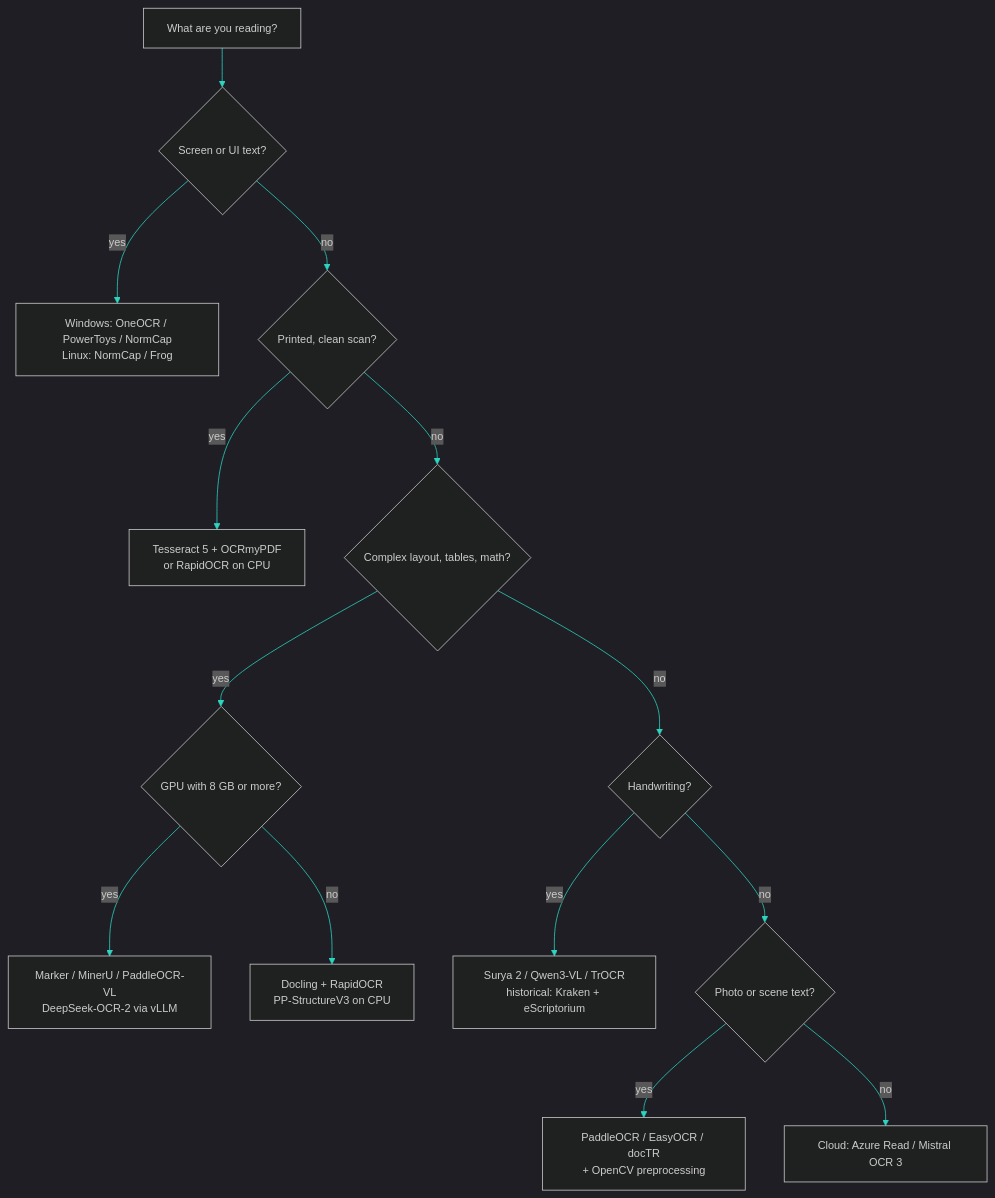
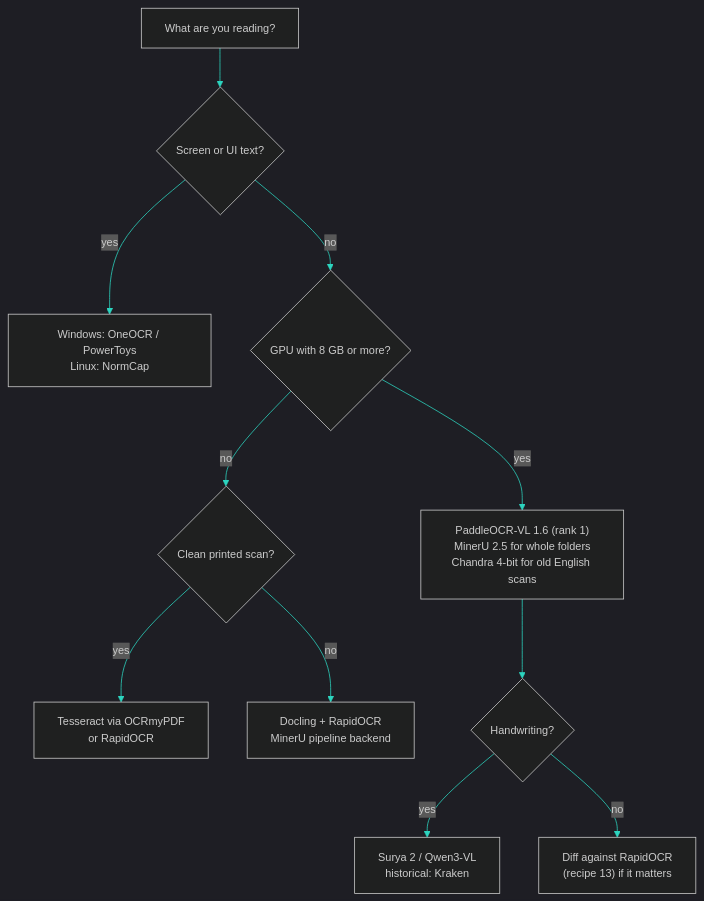
One commit to Ringmast4r/OCR-Master-Guide changed the second of 2 diagrams in README.md. Above: the diagram before and after it, drawn with Mermaid. The commit also changed other lines of this file and 4 other files, not shown here.

````diff
--- a/README.md
+++ b/README.md
@@ -76,17 +177,14 @@
 ```mermaid
 %%{init: {'theme':'dark', 'themeVariables': {'primaryColor':'#0F766E','primaryTextColor':'#ffffff','primaryBorderColor':'#14B8A6','lineColor':'#2DD4BF','fontSize':'14px'}}}%%
 flowchart TD
     A["What are you reading?"] --> B{"Screen or UI text?"}
-    B -- yes --> C["Windows: OneOCR / PowerToys / NormCap<br/>Linux: NormCap / Frog"]
-    B -- no --> D{"Printed, clean scan?"}
-    D -- yes --> E["Tesseract 5 + OCRmyPDF<br/>or RapidOCR on CPU"]
-    D -- no --> F{"Complex layout, tables, math?"}
-    F -- yes --> G{"GPU with 8 GB or more?"}
-    G -- yes --> H["Marker / MinerU / PaddleOCR-VL<br/>DeepSeek-OCR-2 via vLLM"]
-    G -- no --> I["Docling + RapidOCR<br/>PP-StructureV3 on CPU"]
-    F -- no --> J{"Handwriting?"}
-    J -- yes --> K["Surya 2 / Qwen3-VL / TrOCR<br/>historical: Kraken + eScriptorium"]
-    J -- no --> L{"Photo or scene text?"}
-    L -- yes --> M["PaddleOCR / EasyOCR / docTR<br/>+ OpenCV preprocessing"]
-    L -- no --> N["Cloud: Azure Read / Mistral OCR 3"]
+    B -- yes --> C["Windows: OneOCR / PowerToys<br/>Linux: NormCap"]
+    B -- no --> G{"GPU with 8 GB or more?"}
+    G -- yes --> H["PaddleOCR-VL 1.6 (rank 1)<br/>MinerU 2.5 for whole folders<br/>Chandra 4-bit for old English scans"]
+    G -- no --> D{"Clean printed scan?"}
+    D -- yes --> E["Tesseract via OCRmyPDF<br/>or RapidOCR"]
+    D -- no --> I["Docling + RapidOCR<br/>MinerU pipeline backend"]
+    H --> J{"Handwriting?"}
+    J -- yes --> K["Surya 2 / Qwen3-VL<br/>historical: Kraken"]
+    J -- no --> L["Diff against RapidOCR<br/>(recipe 13) if it matters"]
 ```
````
